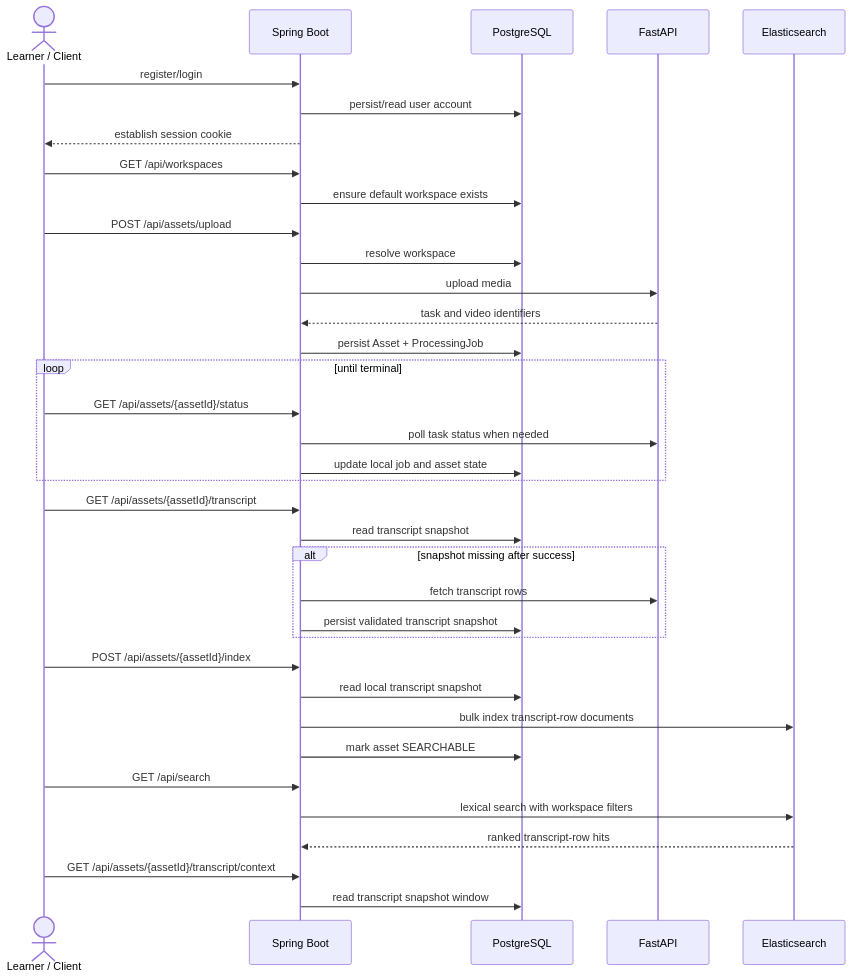
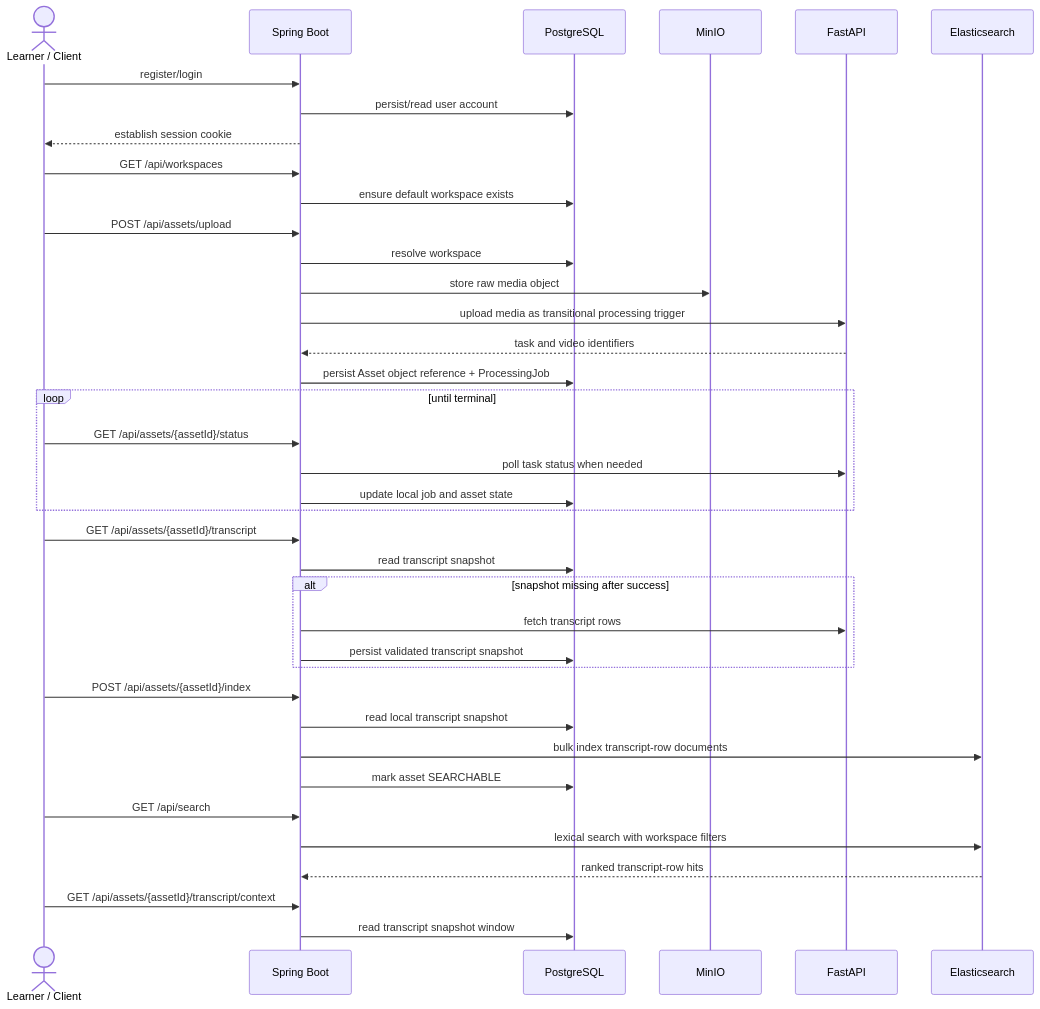
The diagram in docs/architecture/phase1-implemented-product-flow.md (quangducnguyen1205/ai-knowledge-workspace), drawn with Mermaid before and after one commit. The commit also changed other lines of this file and 31 other files, not shown here.

Commit message:
feat(project3): add MinIO-backed media storage foundation

````diff
--- a/docs/architecture/phase1-implemented-product-flow.md
+++ b/docs/architecture/phase1-implemented-product-flow.md
@@ -39,39 +39,41 @@
 ```mermaid
 sequenceDiagram
     actor U as Learner / Client
     participant S as Spring Boot
     participant P as PostgreSQL
+    participant M as MinIO
     participant F as FastAPI
     participant E as Elasticsearch
 
     U->>S: register/login
     S->>P: persist/read user account
     S-->>U: establish session cookie
     U->>S: GET /api/workspaces
     S->>P: ensure default workspace exists
     U->>S: POST /api/assets/upload
     S->>P: resolve workspace
-    S->>F: upload media
+    S->>M: store raw media object
+    S->>F: upload media as transitional processing trigger
     F-->>S: task and video identifiers
-    S->>P: persist Asset + ProcessingJob
+    S->>P: persist Asset object reference + ProcessingJob
     loop until terminal
         U->>S: GET /api/assets/{assetId}/status
         S->>F: poll task status when needed
         S->>P: update local job and asset state
     end
     U->>S: GET /api/assets/{assetId}/transcript
     S->>P: read transcript snapshot
     alt snapshot missing after success
         S->>F: fetch transcript rows
         S->>P: persist validated transcript snapshot
     end
     U->>S: POST /api/assets/{assetId}/index
     S->>P: read local transcript snapshot
     S->>E: bulk index transcript-row documents
     S->>P: mark asset SEARCHABLE
     U->>S: GET /api/search
     S->>E: lexical search with workspace filters
     E-->>S: ranked transcript-row hits
     U->>S: GET /api/assets/{assetId}/transcript/context
     S->>P: read transcript snapshot window
 ```
````
